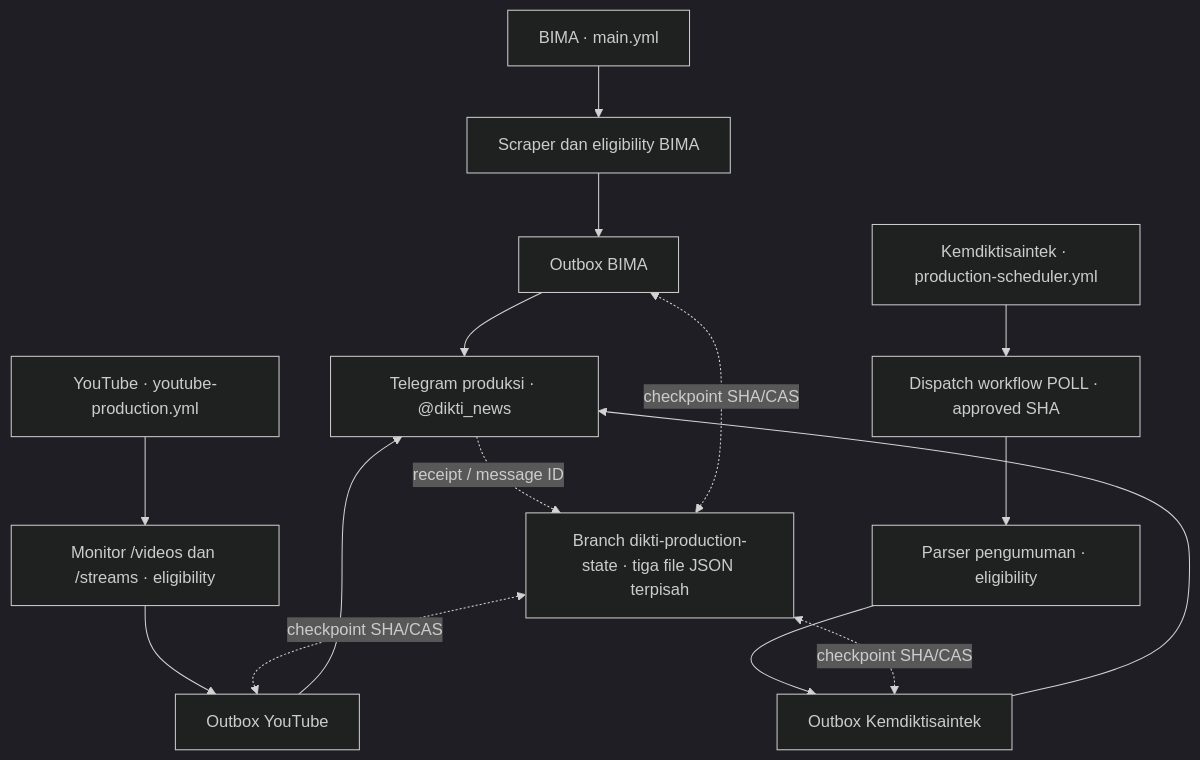
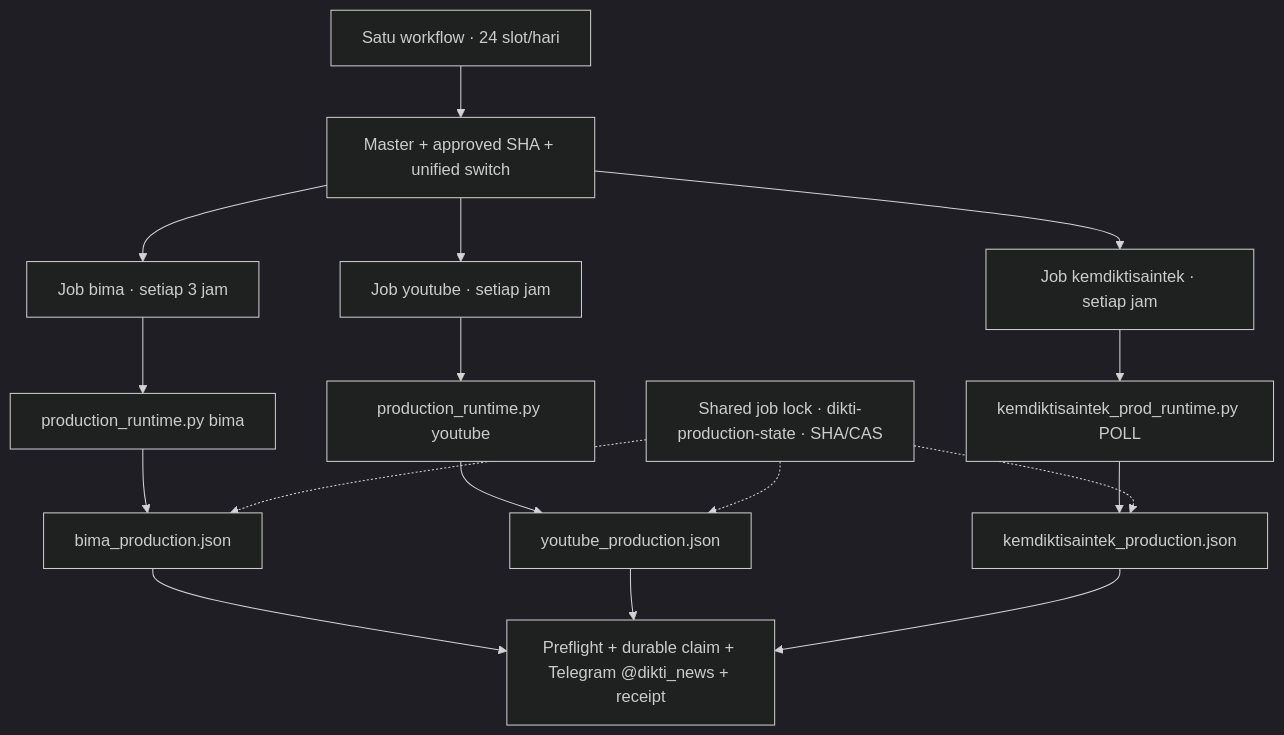
One commit to Galih-Hermawan-Unikom/bima-dikti-news changed the diagram in README.md. Above: the diagram before and after it, drawn with Mermaid (dark theme). The commit also changed other lines of this file and 21 other files, not shown here.

First line of the commit message:
feat: unified production scheduler and all-official Kemdiktisaintek policy (#38)

````diff
--- a/README.md
+++ b/README.md
@@ -31,20 +33,19 @@
 ```mermaid
 flowchart TD
-    WB["BIMA · main.yml"] --> B["Scraper dan eligibility BIMA"]
-    WY["YouTube · youtube-production.yml"] --> Y["Monitor /videos dan /streams · eligibility"]
-    WK["Kemdiktisaintek · production-scheduler.yml"] --> DK["Dispatch workflow POLL · approved SHA"]
-    DK --> K["Parser pengumuman · eligibility"]
-
-    B --> OB["Outbox BIMA"]
-    Y --> OY["Outbox YouTube"]
-    K --> OK["Outbox Kemdiktisaintek"]
-
-    OB --> T["Telegram produksi · @dikti_news"]
-    OY --> T
-    OK --> T
-
-    S["Branch dikti-production-state · tiga file JSON terpisah"] <-. "checkpoint SHA/CAS" .-> OB
-    S <-. "checkpoint SHA/CAS" .-> OY
-    S <-. "checkpoint SHA/CAS" .-> OK
-    T -. "receipt / message ID" .-> S
+    GH["Satu workflow · 24 slot/hari"] --> G["Master + approved SHA + unified switch"]
+    G --> B["Job bima · setiap 3 jam"]
+    G --> Y["Job youtube · setiap jam"]
+    G --> K["Job kemdiktisaintek · setiap jam"]
+    B --> RB["production_runtime.py bima"]
+    Y --> RY["production_runtime.py youtube"]
+    K --> RK["kemdiktisaintek_prod_runtime.py POLL"]
+    RB --> SB["bima_production.json"]
+    RY --> SY["youtube_production.json"]
+    RK --> SK["kemdiktisaintek_production.json"]
+    L["Shared job lock · dikti-production-state · SHA/CAS"] -.-> SB
+    L -.-> SY
+    L -.-> SK
+    SB --> T["Preflight + durable claim + Telegram @dikti_news + receipt"]
+    SY --> T
+    SK --> T
 ```
````
